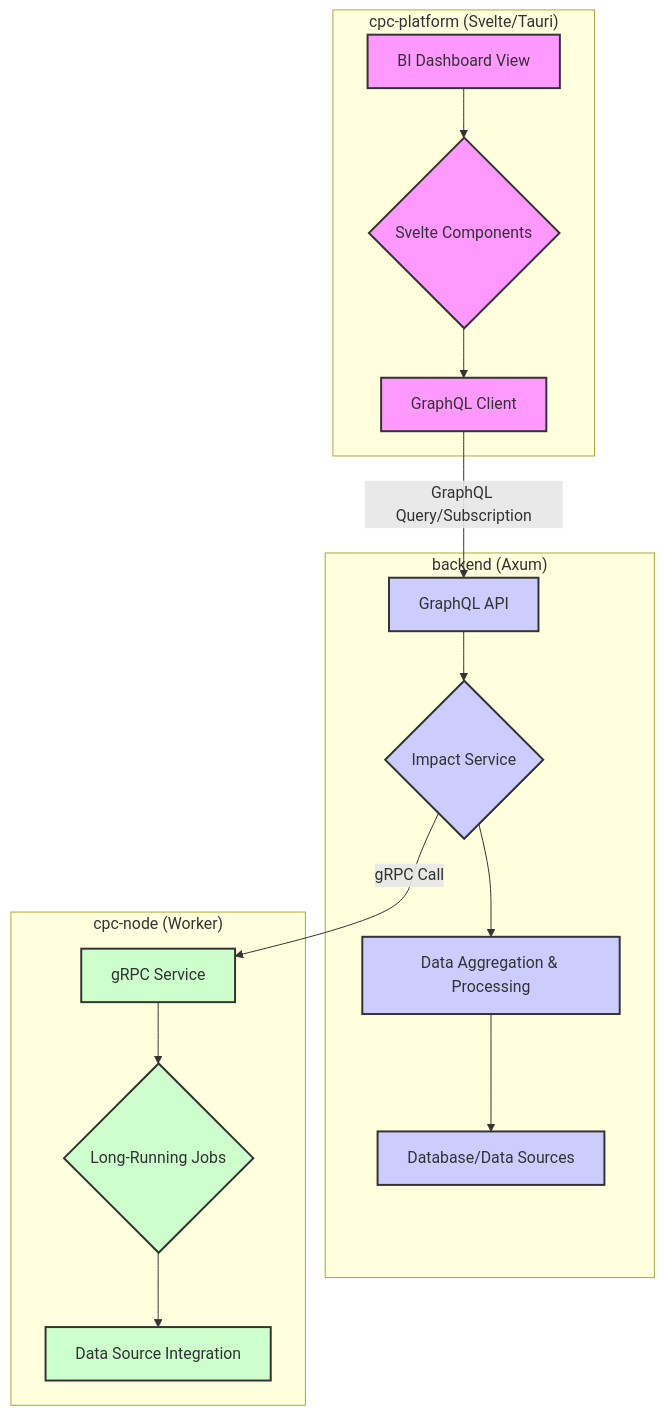
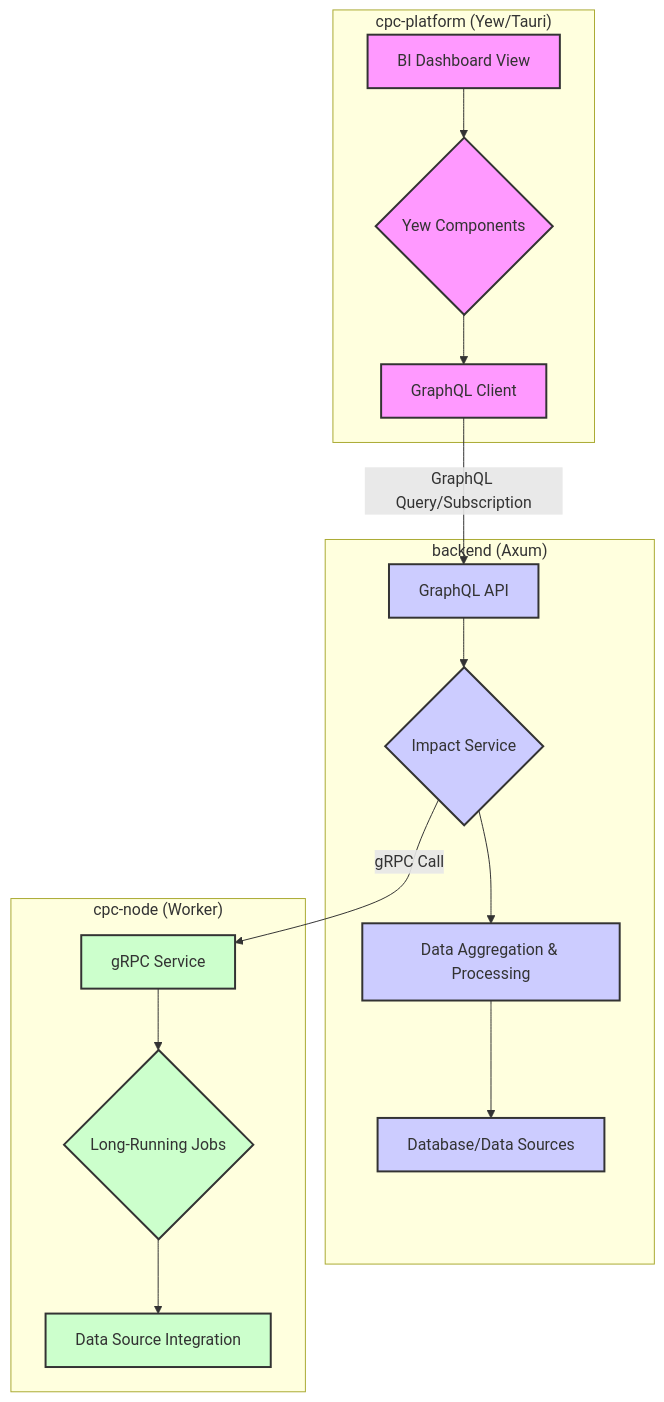
One commit to humancuration/cpc changed the diagram in docs/architecture/business_intelligence_toolkit.md. Above: the diagram before and after it, drawn with Mermaid. The commit also changed other lines of this file and 84 other files, not shown here.

First line of the commit message:
feat: Add Invoice System Architecture ADR and Asset Browser API Design

````diff
--- a/docs/architecture/business_intelligence_toolkit.md
+++ b/docs/architecture/business_intelligence_toolkit.md
@@ -22,32 +22,32 @@
 ```mermaid
 graph TD
-    subgraph "cpc-platform (Svelte/Tauri)"
-        A[BI Dashboard View] --> B{Svelte Components};
+    subgraph "cpc-platform (Yew/Tauri)"
+        A[BI Dashboard View] --> B{Yew Components};
         B --> C[GraphQL Client];
     end
 
     subgraph "backend (Axum)"
         D[GraphQL API] --> E{Impact Service};
         E --> F[Data Aggregation & Processing];
         F --> G[Database/Data Sources];
     end
 
     subgraph "cpc-node (Worker)"
         H[gRPC Service] --> I{Long-Running Jobs};
         I --> J[Data Source Integration];
     end
 
     C -- GraphQL Query/Subscription --> D;
     E -- gRPC Call --> H;
 
     style A fill:#f9f,stroke:#333,stroke-width:2px
     style B fill:#f9f,stroke:#333,stroke-width:2px
     style C fill:#f9f,stroke:#333,stroke-width:2px
     style D fill:#ccf,stroke:#333,stroke-width:2px
     style E fill:#ccf,stroke:#333,stroke-width:2px
     style F fill:#ccf,stroke:#333,stroke-width:2px
     style G fill:#ccf,stroke:#333,stroke-width:2px
     style H fill:#cfc,stroke:#333,stroke-width:2px
     style I fill:#cfc,stroke:#333,stroke-width:2px
     style J fill:#cfc,stroke:#333,stroke-width:2px
 ```
````
